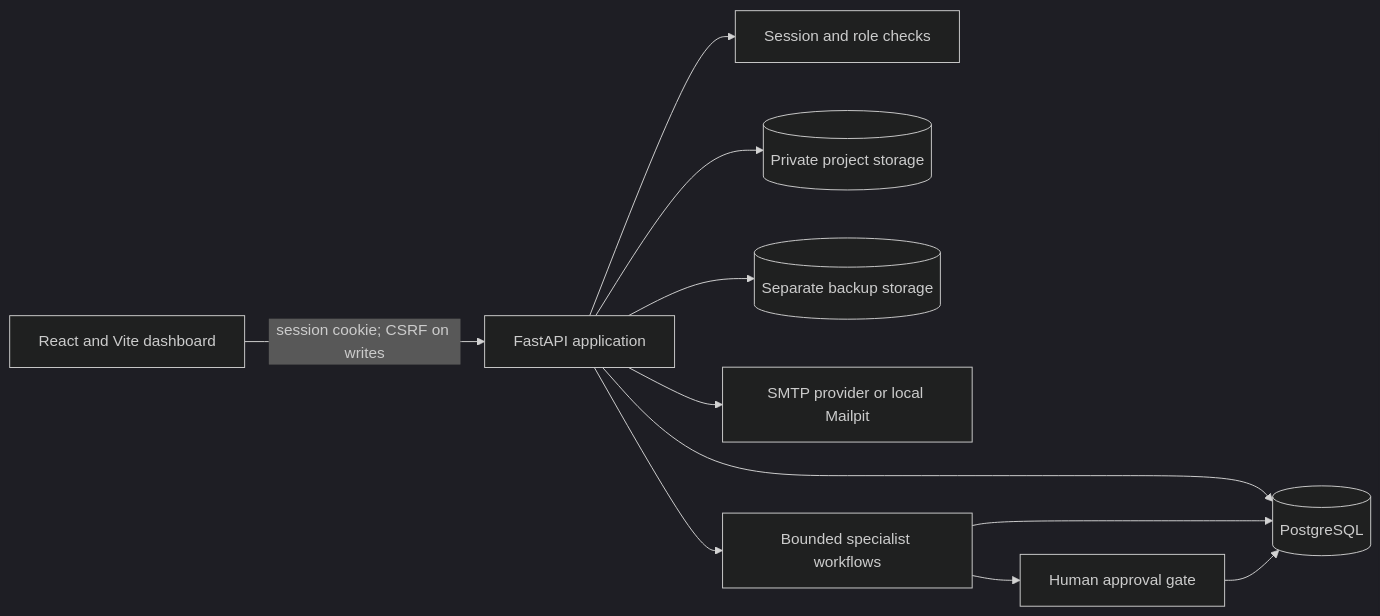
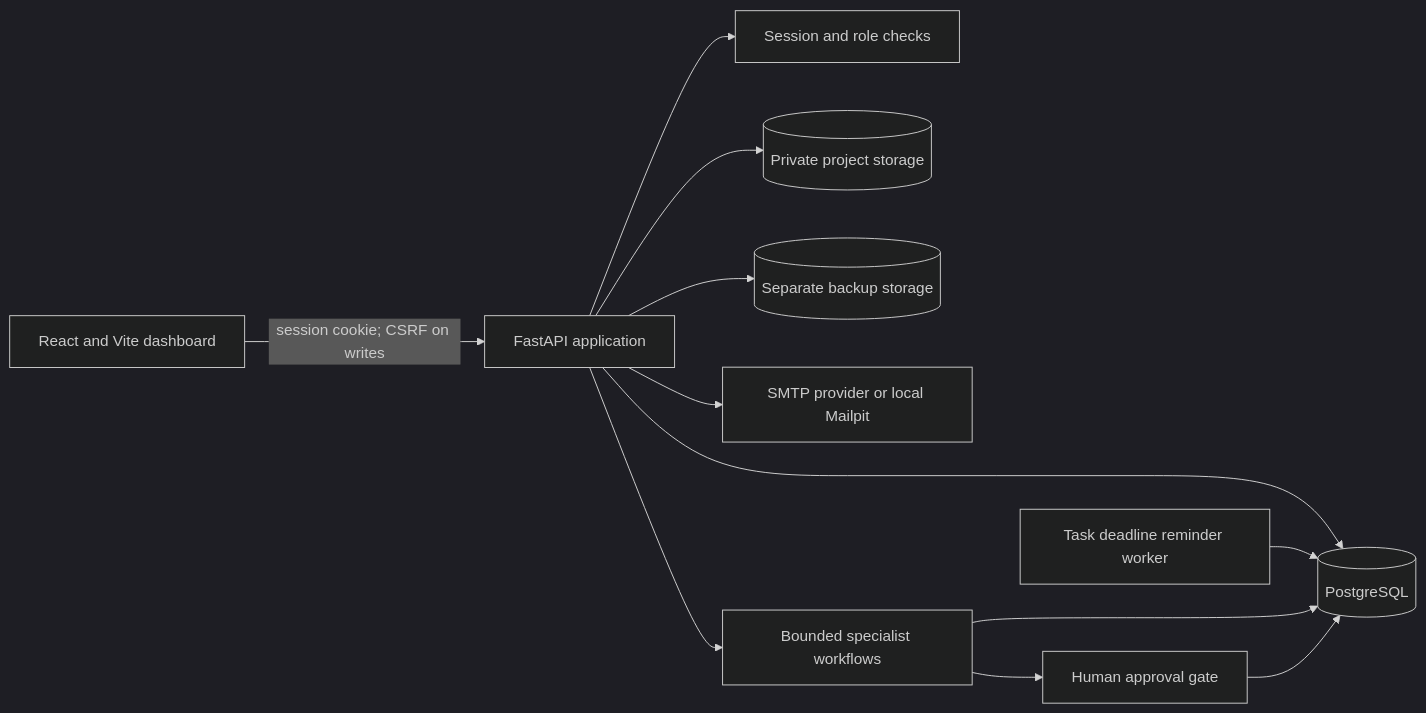
One commit to EF-Code/ccl-suite changed the diagram in docs/system-architecture.md. Above: the diagram before and after it, drawn with Mermaid (dark theme). The commit also changed other lines of this file and 6 other files, not shown here.

Commit message:
feat(worker): run task reminders in hardened Compose service

````diff
--- a/docs/system-architecture.md
+++ b/docs/system-architecture.md
@@ -10,13 +10,14 @@
 ```mermaid
 flowchart LR
     Browser[React and Vite dashboard] -->|session cookie; CSRF on writes| API[FastAPI application]
     API --> Auth[Session and role checks]
     API --> DB[(PostgreSQL)]
+    DeadlineWorker[Task deadline reminder worker] --> DB
     API --> Files[(Private project storage)]
     API --> Backups[(Separate backup storage)]
     API --> Mail[SMTP provider or local Mailpit]
     API --> Agents[Bounded specialist workflows]
     Agents --> DB
     Agents --> Approvals[Human approval gate]
     Approvals --> DB
 ```
````
